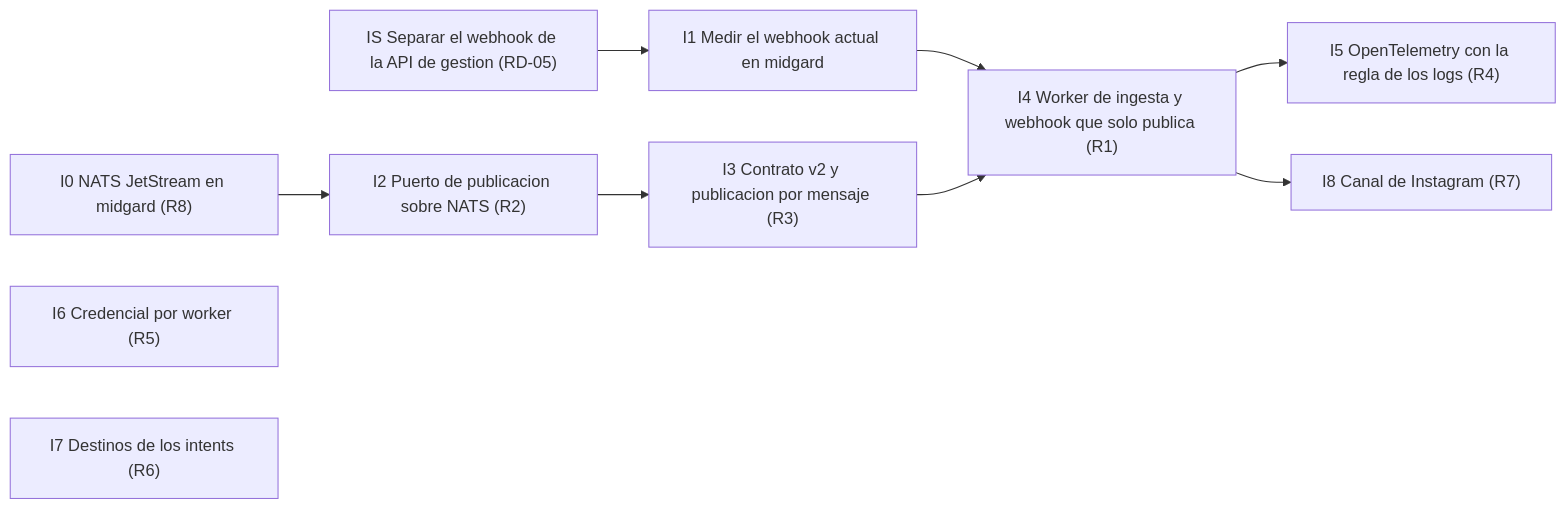
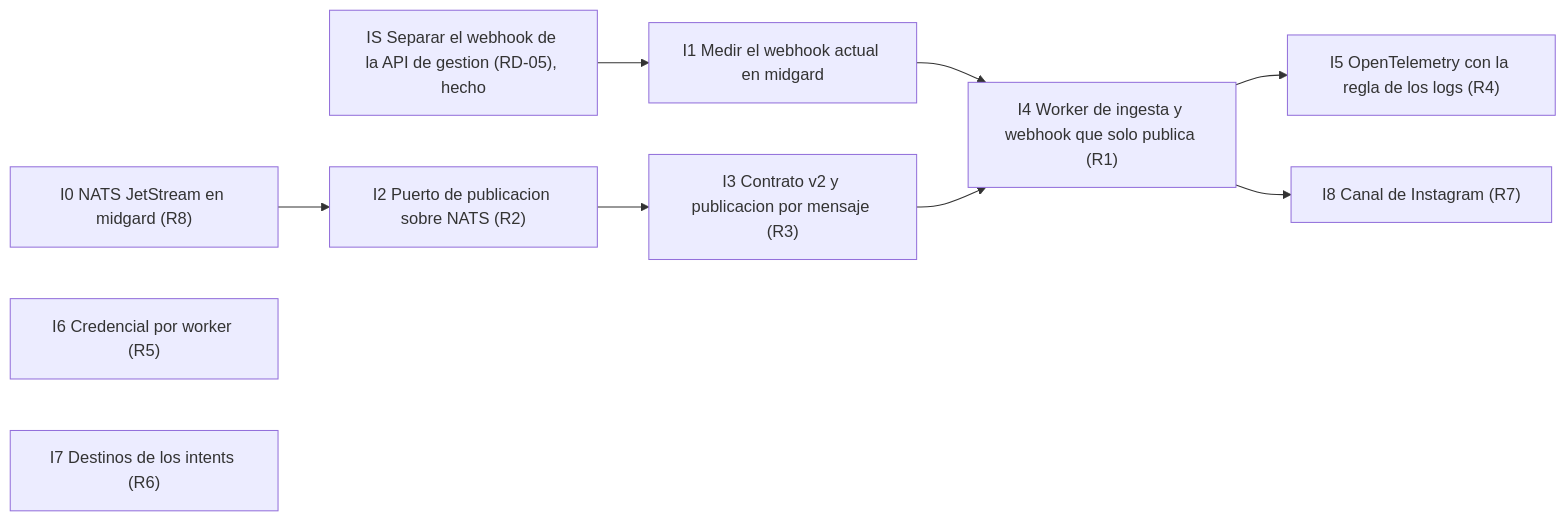
The third of 3 diagrams in docs/00-project/plan-topologia-de-workers.md (jeremialcala/wh-python-fastapi-messenger), drawn with Mermaid before and after one commit. The commit also changed other lines of this file and 30 other files, not shown here.

First line of the commit message:
feat: split the webhook from the management API (IS, ADR-0018)

````diff
--- a/docs/00-project/plan-topologia-de-workers.md
+++ b/docs/00-project/plan-topologia-de-workers.md
@@ -214,14 +214,14 @@
 ```mermaid
 flowchart LR
-    IS["IS Separar el webhook de la API de gestion (RD-05)"] --> I1
+    IS["IS Separar el webhook de la API de gestion (RD-05), hecho"] --> I1
     I1["I1 Medir el webhook actual en midgard"] --> I4
     I0["I0 NATS JetStream en midgard (R8)"] --> I2
     I2["I2 Puerto de publicacion sobre NATS (R2)"] --> I3
     I3["I3 Contrato v2 y publicacion por mensaje (R3)"] --> I4
     I4["I4 Worker de ingesta y webhook que solo publica (R1)"] --> I5
     I4 --> I8
     I5["I5 OpenTelemetry con la regla de los logs (R4)"]
     I6["I6 Credencial por worker (R5)"]
     I7["I7 Destinos de los intents (R6)"]
     I8["I8 Canal de Instagram (R7)"]
 ```
````
